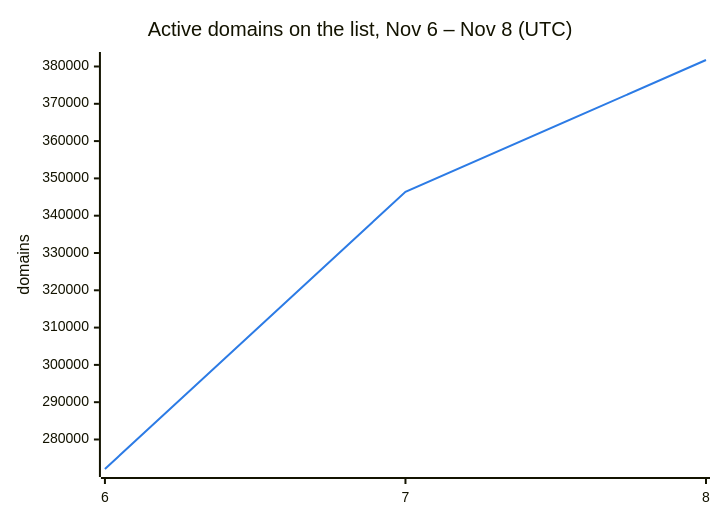
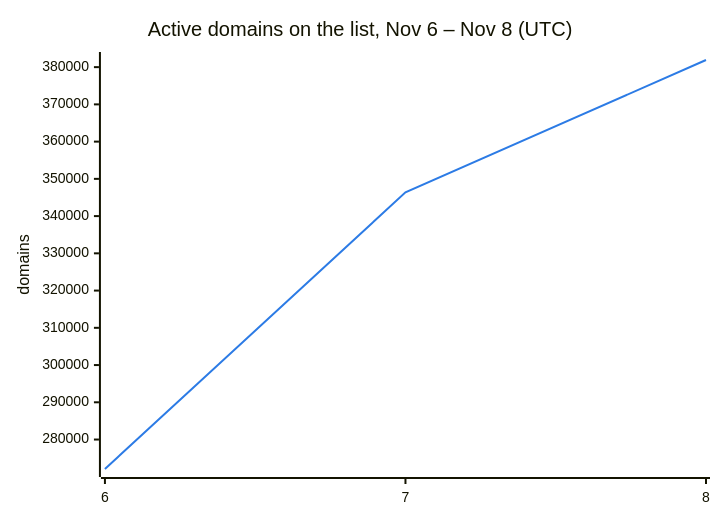
One commit to DNSBunker/CTI changed the second of 3 diagrams in README.md. Above: the diagram before and after it, drawn with Mermaid. The commit also changed other lines of this file and 3 other files, not shown here.

````diff
--- a/README.md
+++ b/README.md
@@ -38,8 +38,8 @@
 ```mermaid
 %%{init: {"themeVariables": {"xyChart": {"plotColorPalette": "#2c7be5"}}}}%%
 xychart-beta
     title "Active domains on the list, Nov 6 – Nov 8 (UTC)"
     x-axis ["6", "7", "8"]
     y-axis "domains"
-    line [272088, 346388, 381741]
+    line [272088, 346388, 381917]
 ```
````
